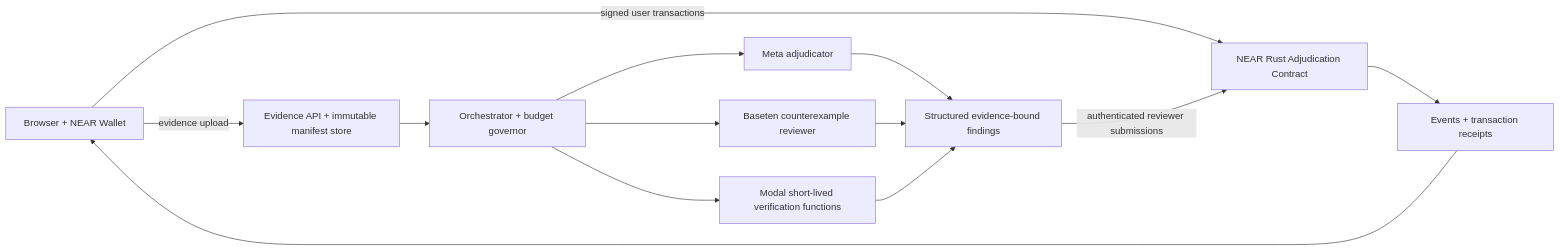
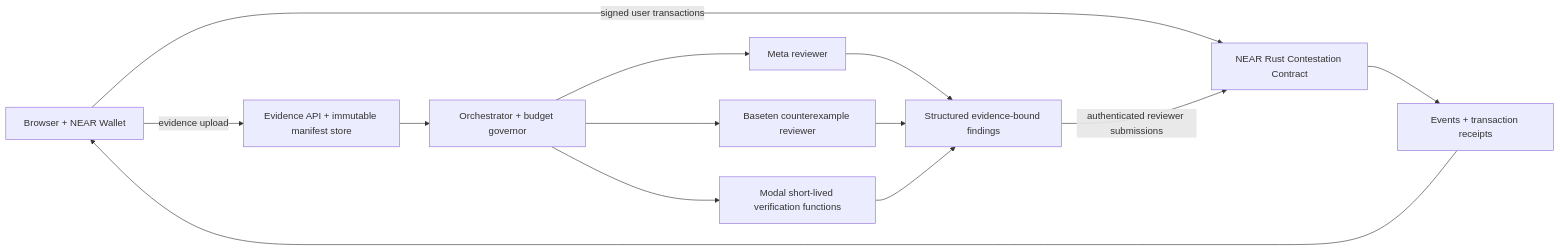
Before and after one commit to kellyxy110/CONTRA: the diagram in docs/ARCHITECTURE.md, drawn with Mermaid. The commit also changed other lines of this file and 72 other files, not shown here.

````diff
--- a/docs/ARCHITECTURE.md
+++ b/docs/ARCHITECTURE.md
@@ -5,15 +5,15 @@
 ```mermaid
 flowchart LR
-    U[Browser + NEAR Wallet] -->|signed user transactions| N[NEAR Rust Adjudication Contract]
+    U[Browser + NEAR Wallet] -->|signed user transactions| N[NEAR Rust Contestation Contract]
     U -->|evidence upload| S[Evidence API + immutable manifest store]
     S --> O[Orchestrator + budget governor]
-    O --> M[Meta adjudicator]
+    O --> M[Meta reviewer]
     O --> B[Baseten counterexample reviewer]
     O --> X[Modal short-lived verification functions]
     M --> R[Structured evidence-bound findings]
     B --> R
     X --> R
     R -->|authenticated reviewer submissions| N
     N --> T[Events + transaction receipts]
     T --> U
 ```
````
